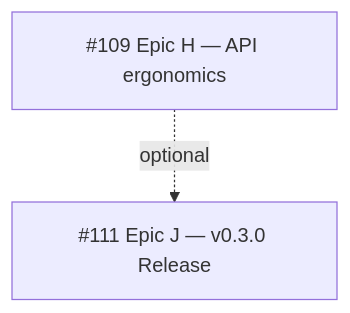
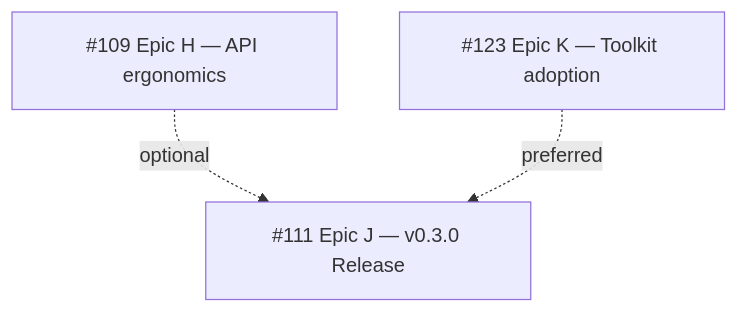
One commit to pfizer-opensource/zippeR changed the diagram in docs/ROADMAP.md. Above: the diagram before and after it, drawn with Mermaid. The commit also changed other lines of this file and 1 other file, not shown here.

First line of the commit message:
docs: register Epic K on the roadmap

````diff
--- a/docs/ROADMAP.md
+++ b/docs/ROADMAP.md
@@ -32,4 +33,5 @@
 ```mermaid
 graph TD
   H["#109 Epic H — API ergonomics"] -.optional.-> J["#111 Epic J — v0.3.0 Release"]
+  K["#123 Epic K — Toolkit adoption"] -.preferred.-> J
 ```
````
